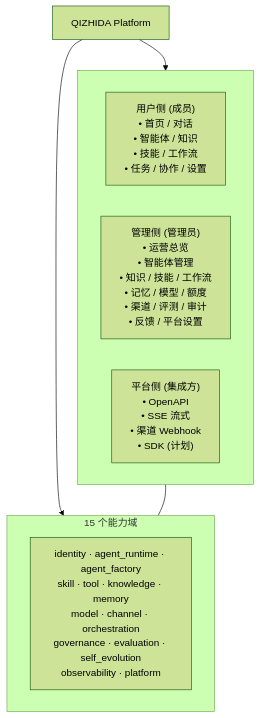
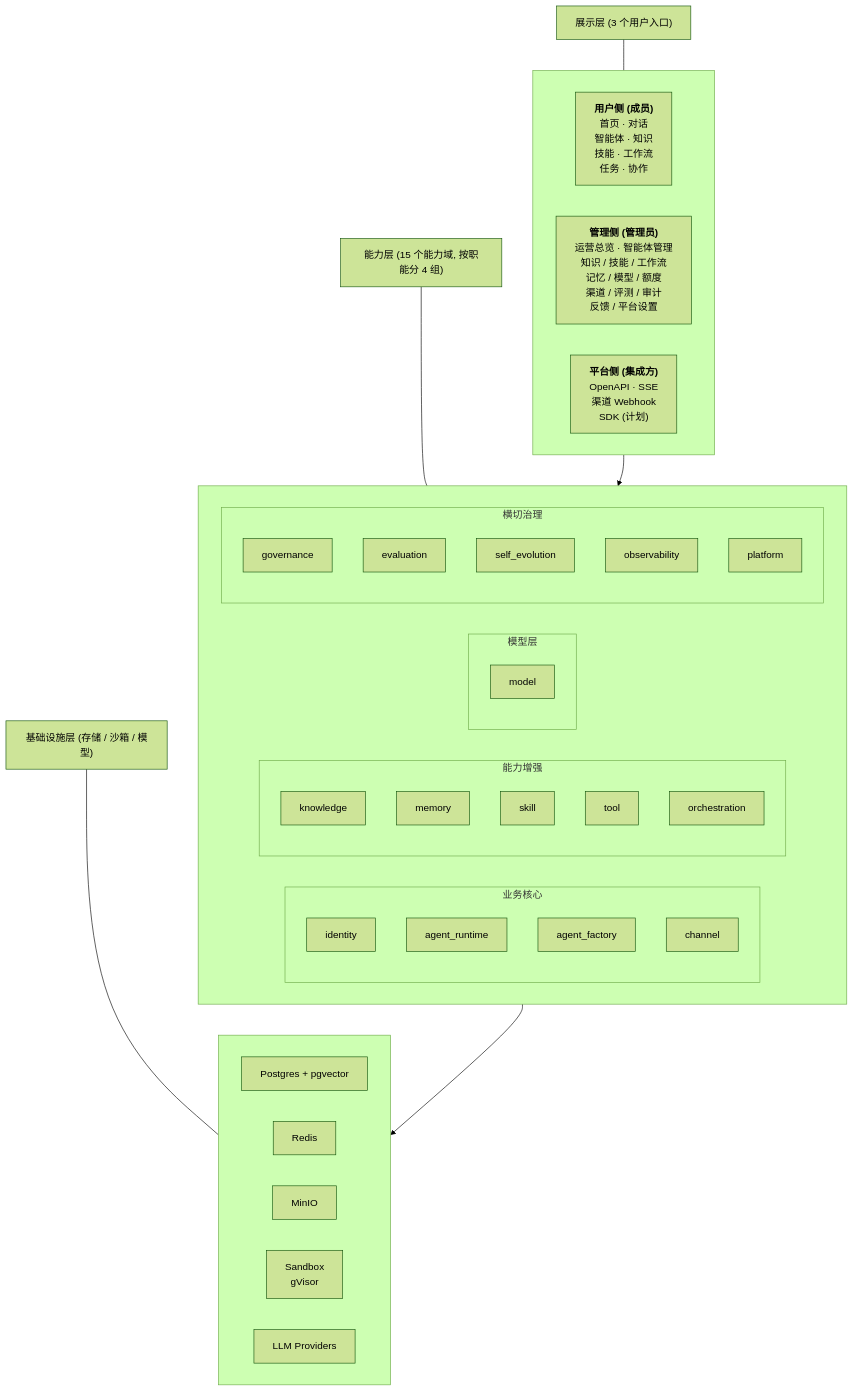
One commit to Lianjifu/QiZhiDaAgentPlatform changed the second of 4 diagrams in README.md. Above: the diagram before and after it, drawn with Mermaid (forest theme). The commit also changed other lines of this file, not shown here.

Commit message:
docs(README): 重构信息架构图 — 三层架构 + 15 域分 4 组
- 旧: 单一 IA 框图, 15 域挤在一行
- 新: 三层架构 (展示层 / 能力层 / 基础设施层) + 能力层分 4 组
  - 业务核心: identity · agent_runtime · agent_factory · channel
  - 能力增强: knowledge · memory · skill · tool · orchestration
  - 模型层: model
  - 横切治理: governance · evaluation · self_evolution · observability · platform
- 基础设施层加 Postgres+pgvector / Redis / MinIO / Sandbox gVisor / LLM Providers
- 配 1 段简介 (3 个 bullet 解释每层职责)

````diff
--- a/README.md
+++ b/README.md
@@ -184,18 +190,58 @@
 ```mermaid
-graph TD
-    Q[QIZHIDA Platform]
+graph TB
+    L1["展示层 (3 个用户入口)"]
+    L2["能力层 (15 个能力域, 按职能分 4 组)"]
+    L3["基础设施层 (存储 / 沙箱 / 模型)"]
 
     subgraph Sides [" "]
-        U["用户侧 (成员)<br/>• 首页 / 对话<br/>• 智能体 / 知识<br/>• 技能 / 工作流<br/>• 任务 / 协作 / 设置"]
-        A["管理侧 (管理员)<br/>• 运营总览<br/>• 智能体管理<br/>• 知识 / 技能 / 工作流<br/>• 记忆 / 模型 / 额度<br/>• 渠道 / 评测 / 审计<br/>• 反馈 / 平台设置"]
-        P["平台侧 (集成方)<br/>• OpenAPI<br/>• SSE 流式<br/>• 渠道 Webhook<br/>• SDK (计划)"]
+        direction LR
+        U["<b>用户侧 (成员)</b><br/>首页 · 对话<br/>智能体 · 知识<br/>技能 · 工作流<br/>任务 · 协作"]
+        A["<b>管理侧 (管理员)</b><br/>运营总览 · 智能体管理<br/>知识 / 技能 / 工作流<br/>记忆 / 模型 / 额度<br/>渠道 / 评测 / 审计<br/>反馈 / 平台设置"]
+        P["<b>平台侧 (集成方)</b><br/>OpenAPI · SSE<br/>渠道 Webhook<br/>SDK (计划)"]
     end
 
-    subgraph Modules ["15 个能力域"]
-        M["identity · agent_runtime · agent_factory<br/>skill · tool · knowledge · memory<br/>model · channel · orchestration<br/>governance · evaluation · self_evolution<br/>observability · platform"]
+    subgraph Capability [" "]
+        direction LR
+        subgraph BIZ ["业务核心"]
+            direction TB
+            M1[identity]
+            M2[agent_runtime]
+            M3[agent_factory]
+            M4[channel]
+        end
+        subgraph CAP ["能力增强"]
+            direction TB
+            M5[knowledge]
+            M6[memory]
+            M7[skill]
+            M8[tool]
+            M9[orchestration]
+        end
+        subgraph MDL ["模型层"]
+            M10[model]
+        end
+        subgraph GOV ["横切治理"]
+            direction TB
+            M11[governance]
+            M12[evaluation]
+            M13[self_evolution]
+            M14[observability]
+            M15[platform]
+        end
     end
 
-    Q --> Sides
-    Q --> Modules
-    Sides --- Modules
+    subgraph Infra [" "]
+        direction LR
+        I1[Postgres + pgvector]
+        I2[Redis]
+        I3[MinIO]
+        I4[Sandbox<br/>gVisor]
+        I5[LLM Providers]
+    end
+
+    L1 --- Sides
+    L2 --- Capability
+    L3 --- Infra
+    Sides --> Capability
+    Capability --> Infra
 ```
````
